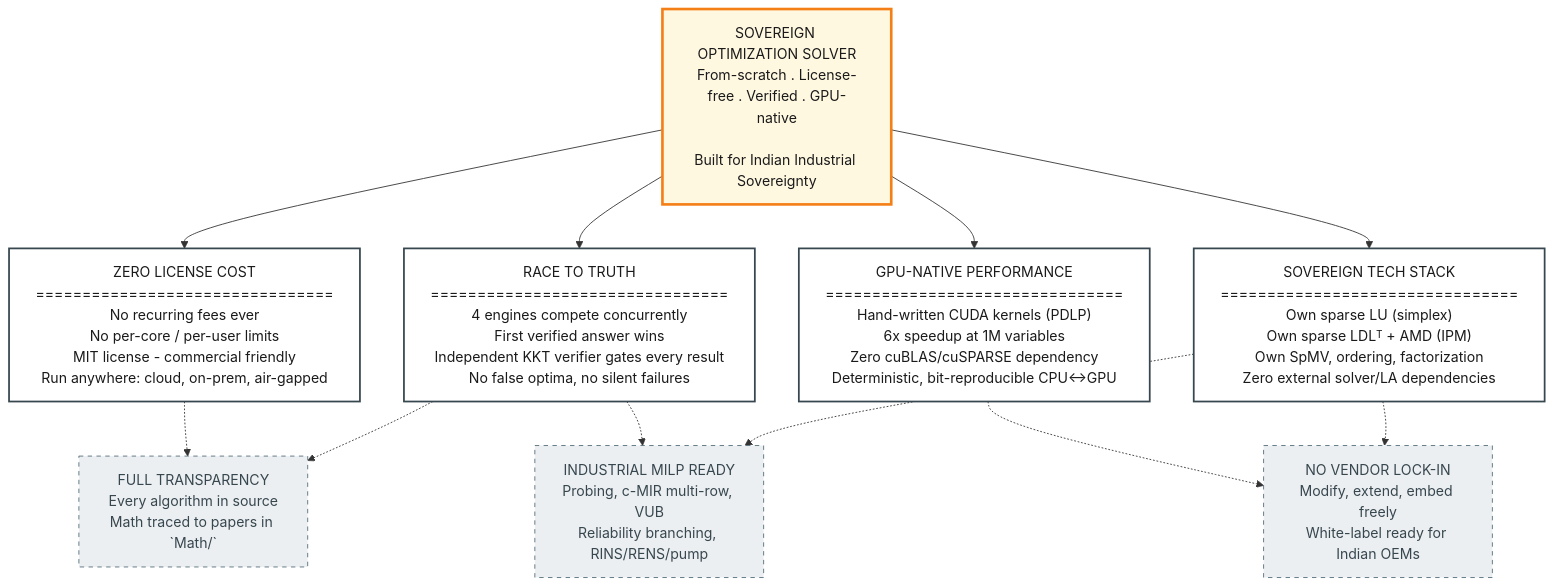
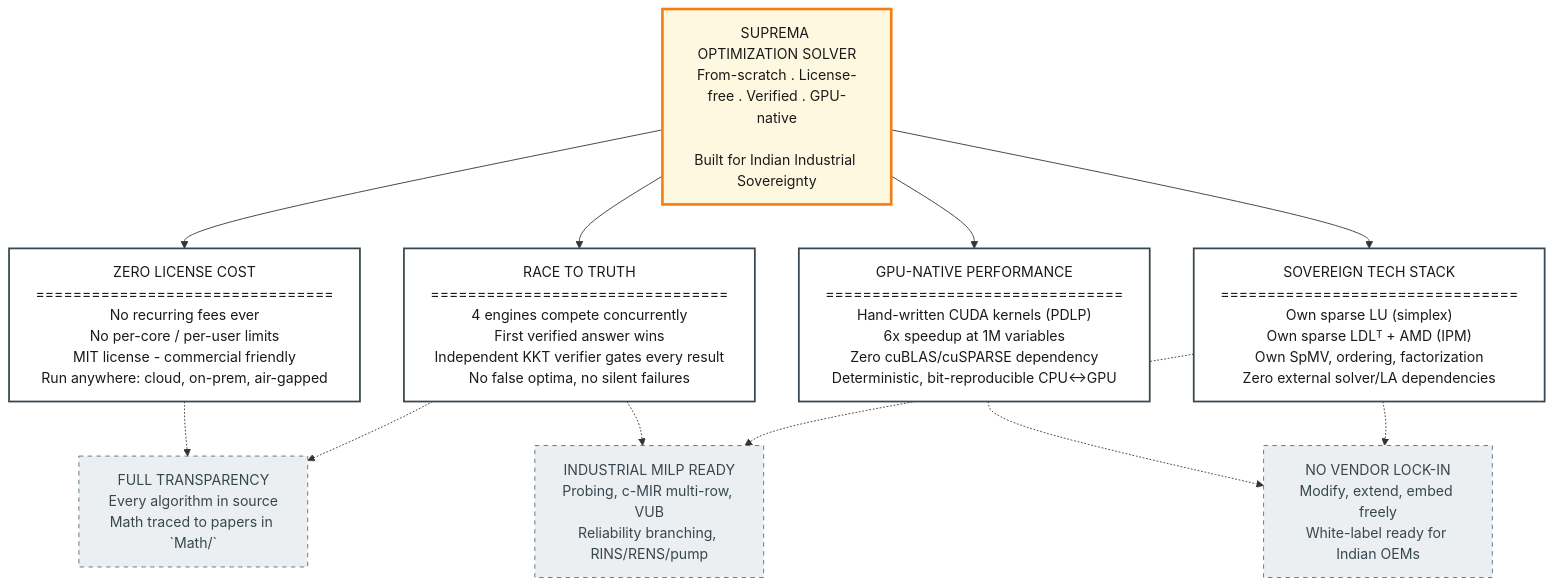
One commit to TANESHDEVHARE/Team-Suprema changed the first of 11 diagrams in README.md. Above: the diagram before and after it, drawn with Mermaid. The commit also changed other lines of this file, not shown here.

Commit message:
Update README for Suprema Solver comparison

````diff
--- a/README.md
+++ b/README.md
@@ -75,41 +75,41 @@
 ```mermaid
 flowchart TB
     %% Central UVP
-    UVP["SOVEREIGN OPTIMIZATION SOLVER\nFrom-scratch . License-free . Verified . GPU-native\n\nBuilt for Indian Industrial Sovereignty"]
+    UVP["SUPREMA OPTIMIZATION SOLVER\nFrom-scratch . License-free . Verified . GPU-native\n\nBuilt for Indian Industrial Sovereignty"]
     
     %% Four Pillars
     P1["ZERO LICENSE COST\n================================\nNo recurring fees ever\nNo per-core / per-user limits\nMIT license - commercial friendly\nRun anywhere: cloud, on-prem, air-gapped"]
     
     P2["RACE TO TRUTH\n================================\n4 engines compete concurrently\nFirst verified answer wins\nIndependent KKT verifier gates every result\nNo false optima, no silent failures"]
     
     P3["GPU-NATIVE PERFORMANCE\n================================\nHand-written CUDA kernels (PDLP)\n6x speedup at 1M variables\nZero cuBLAS/cuSPARSE dependency\nDeterministic, bit-reproducible CPU<->GPU"]
     
     P4["SOVEREIGN TECH STACK\n================================\nOwn sparse LU (simplex)\nOwn sparse LDLᵀ + AMD (IPM)\nOwn SpMV, ordering, factorization\nZero external solver/LA dependencies"]
     
     %% Differentiators that cut across pillars
     D1["FULL TRANSPARENCY\nEvery algorithm in source\nMath traced to papers in `Math/`"]
     D2["NO VENDOR LOCK-IN\nModify, extend, embed freely\nWhite-label ready for Indian OEMs"]
     D3["INDUSTRIAL MILP READY\nProbing, c-MIR multi-row, VUB\nReliability branching, RINS/RENS/pump"]
     
     %% Connections
     UVP --> P1
     UVP --> P2
     UVP --> P3
     UVP --> P4
     
     P1 -.-> D1
     P2 -.-> D1
     P3 -.-> D2
     P4 -.-> D2
     P2 -.-> D3
     P4 -.-> D3
     
     %% Styling
     classDef uvp fill:#fff8e1,stroke:#f57f17,stroke-width:3px,color:#1a1a1a
     classDef pillar fill:#ffffff,stroke:#37474f,stroke-width:2px,color:#1a1a1a
     classDef diff fill:#eceff1,stroke:#546e7a,stroke-width:1px,stroke-dasharray: 5 5,color:#37474f
     
     class UVP uvp
     class P1,P2,P3,P4 pillar
     class D1,D2,D3 diff
 ```
````
